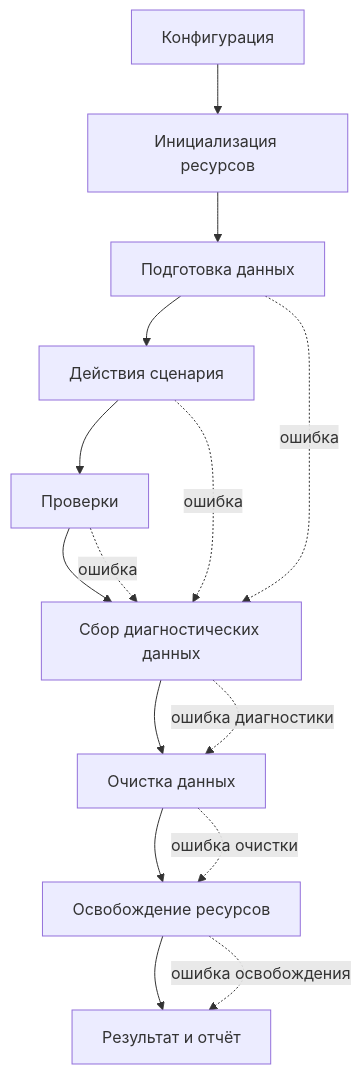
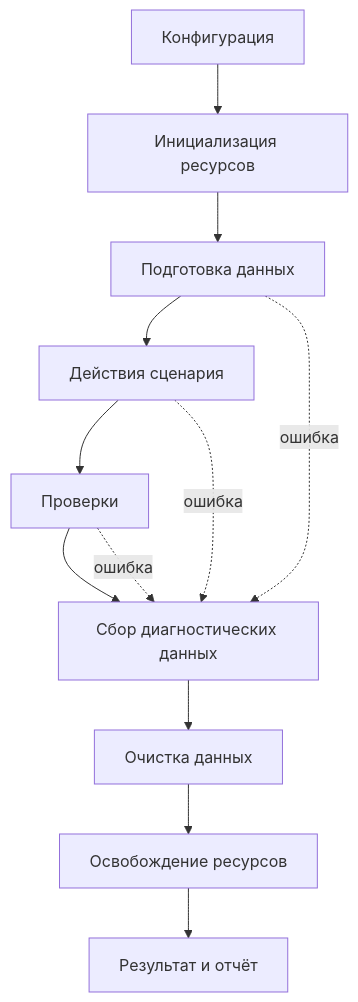
One commit to Bimba333/qa-js-ts-cookbook changed the diagram in docs/03-automation-qa/164-automated-test-lifecycle.md. Above: the diagram before and after it, drawn with Mermaid. The commit also changed other lines of this file and 120 other files, not shown here.

````diff
--- a/docs/03-automation-qa/164-automated-test-lifecycle.md
+++ b/docs/03-automation-qa/164-automated-test-lifecycle.md
@@ -34,17 +42,14 @@
 ```mermaid
 flowchart TD
     C[Конфигурация] --> R[Инициализация ресурсов]
     R --> S[Подготовка данных]
     S --> A[Действия сценария]
     A --> V[Проверки]
     V --> E[Сбор диагностических данных]
     S -. ошибка .-> E
     A -. ошибка .-> E
     V -. ошибка .-> E
     E --> K[Очистка данных]
-    E -. ошибка диагностики .-> K
     K --> D[Освобождение ресурсов]
-    K -. ошибка очистки .-> D
     D --> P[Результат и отчёт]
-    D -. ошибка освобождения .-> P
 ```
````
